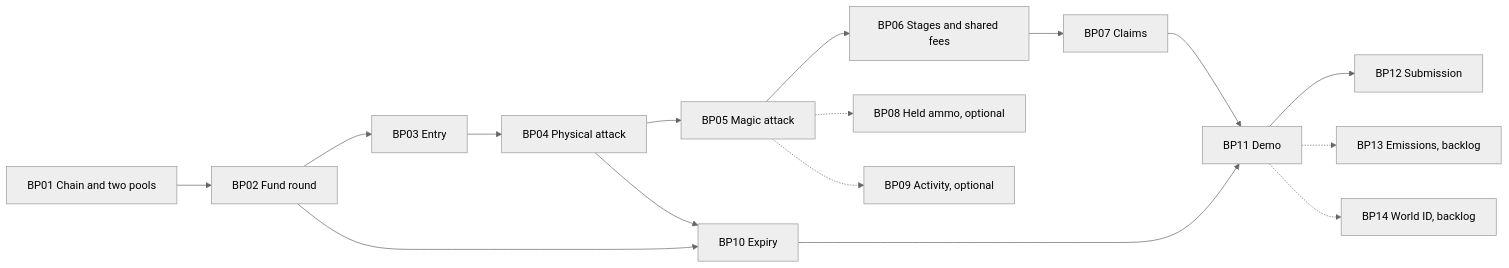
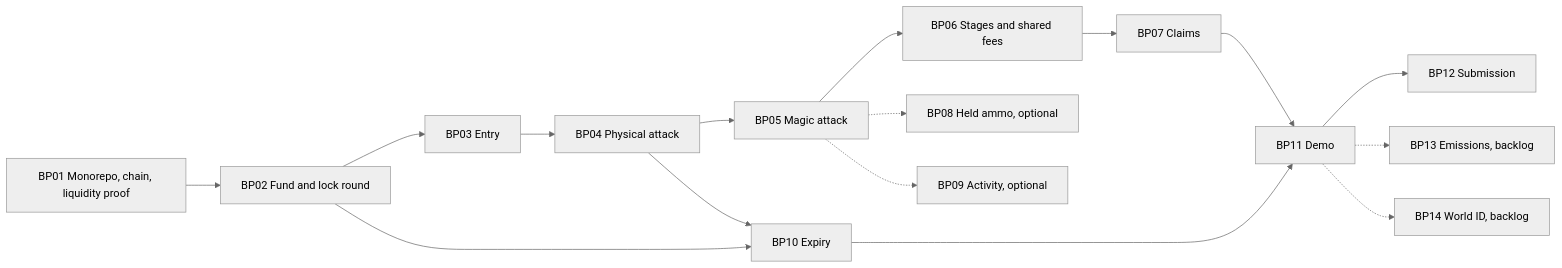
The diagram in docs/delivery-plan.md (0xroylee/eth-global-2026-tokyo), drawn with Mermaid (neutral theme) before and after one commit. The commit also changed other lines of this file and 9 other files, not shown here.

Commit message:
docs: adopt Bun monorepo and round liquidity controls

````diff
--- a/docs/delivery-plan.md
+++ b/docs/delivery-plan.md
@@ -38,18 +40,18 @@
 ```mermaid
 flowchart LR
-    A[BP01 Chain and two pools] --> B[BP02 Fund round]
+    A[BP01 Monorepo, chain, liquidity proof] --> B[BP02 Fund and lock round]
     B --> C[BP03 Entry]
     C --> D[BP04 Physical attack]
     D --> E[BP05 Magic attack]
     E --> F[BP06 Stages and shared fees]
     F --> G[BP07 Claims]
     E -.-> H[BP08 Held ammo, optional]
     E -.-> I[BP09 Activity, optional]
     B --> J[BP10 Expiry]
     D --> J
     G --> K[BP11 Demo]
     J --> K
     K --> L[BP12 Submission]
     K -.-> M[BP13 Emissions, backlog]
     K -.-> N[BP14 World ID, backlog]
 ```
````
